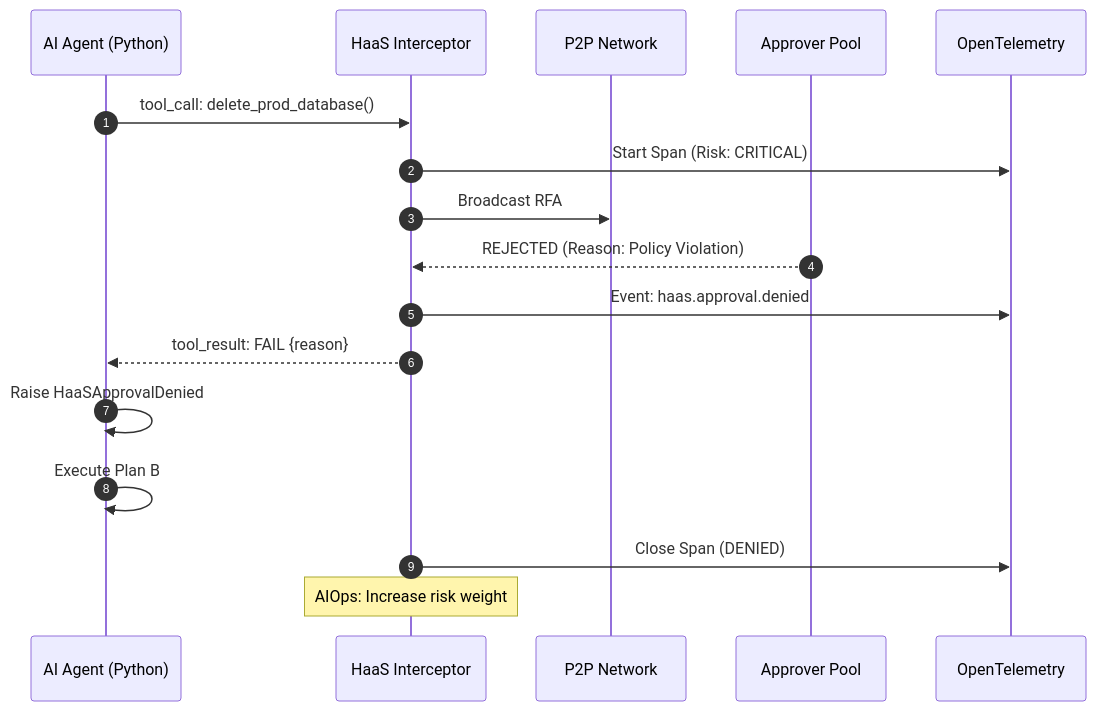
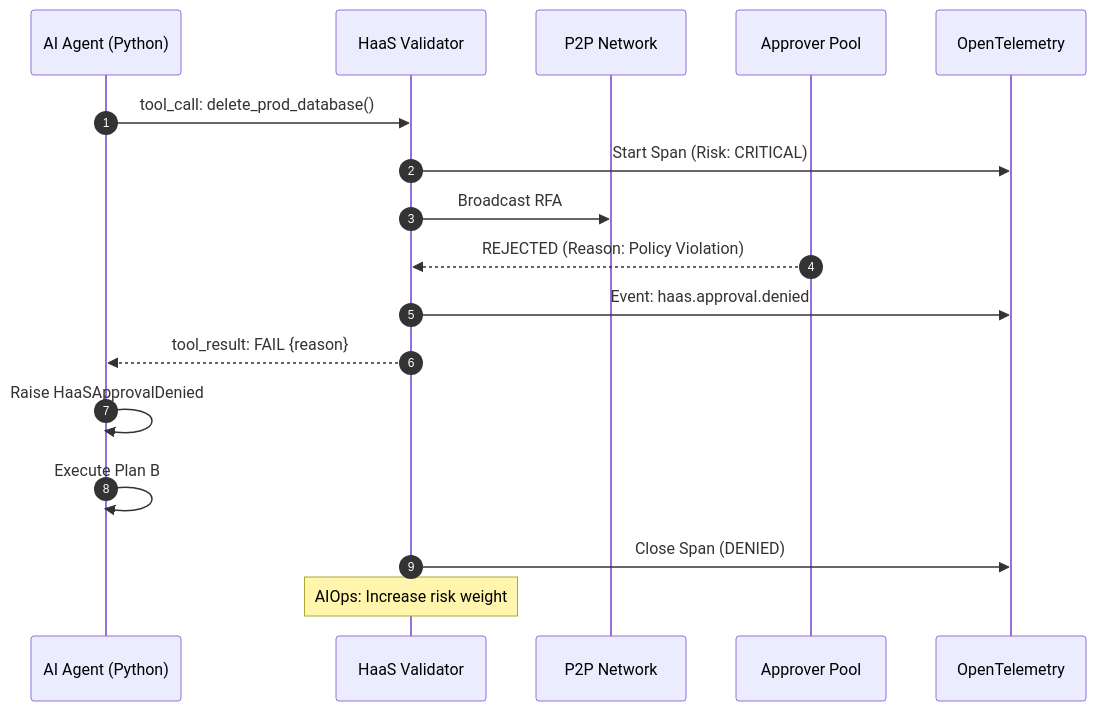
Before and after one commit to codzze/agentguard: the second of 5 diagrams in docs/SEQUENCE_FLOWS.md, drawn with Mermaid. The commit also changed other lines of this file and 11 other files, not shown here.

````diff
--- a/docs/SEQUENCE_FLOWS.md
+++ b/docs/SEQUENCE_FLOWS.md
@@ -65,23 +65,23 @@
 ```mermaid
 sequenceDiagram
     autonumber
     participant Agent as AI Agent (Python)
-    participant Core as HaaS Interceptor
+    participant Core as HaaS Validator
     participant P2P as P2P Network
     participant Pool as Approver Pool
     participant OTel as OpenTelemetry
 
     Agent->>Core: tool_call: delete_prod_database()
     Core->>OTel: Start Span (Risk: CRITICAL)
     Core->>P2P: Broadcast RFA
 
     Pool-->>Core: REJECTED (Reason: Policy Violation)
     Core->>OTel: Event: haas.approval.denied
 
     Core-->>Agent: tool_result: FAIL {reason}
     Agent->>Agent: Raise HaaSApprovalDenied
     Agent->>Agent: Execute Plan B
 
     Core->>OTel: Close Span (DENIED)
     Note over Core: AIOps: Increase risk weight
 ```
````
